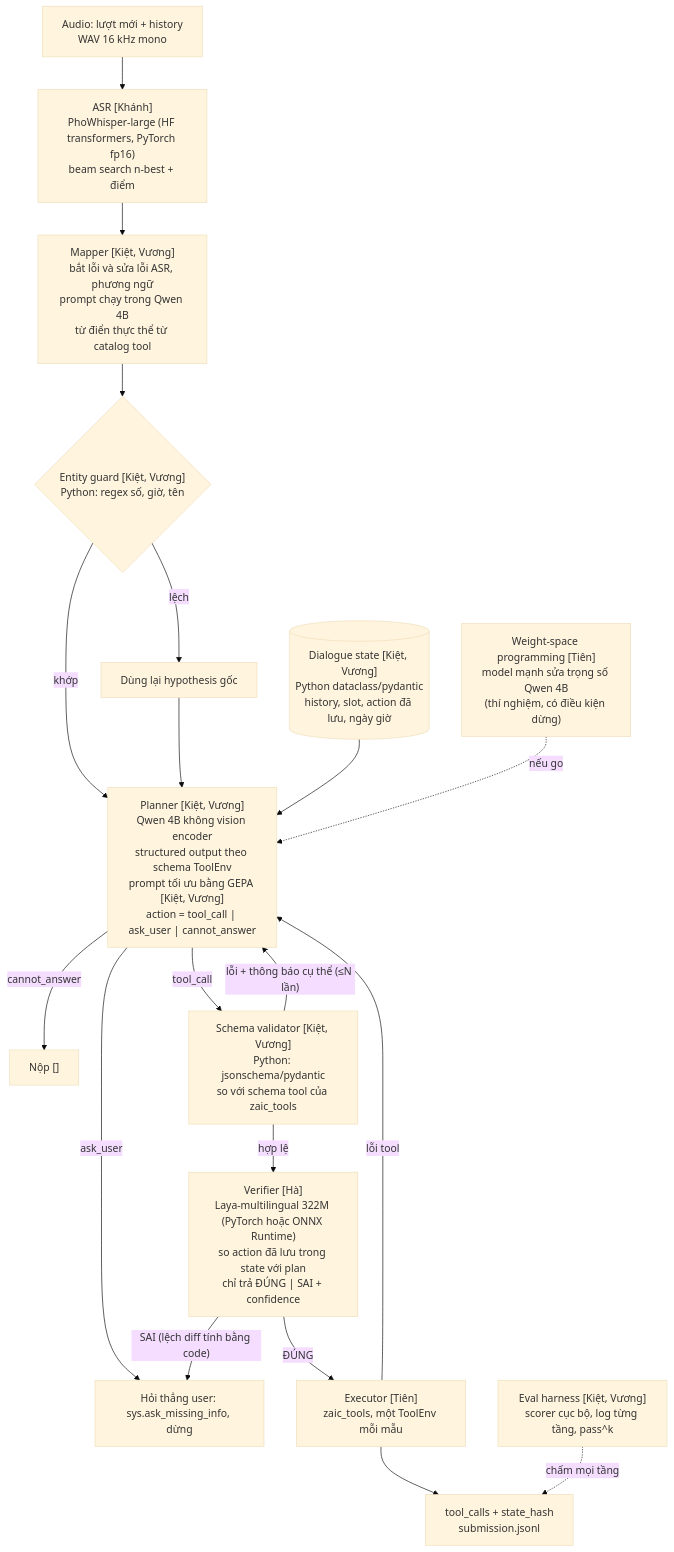
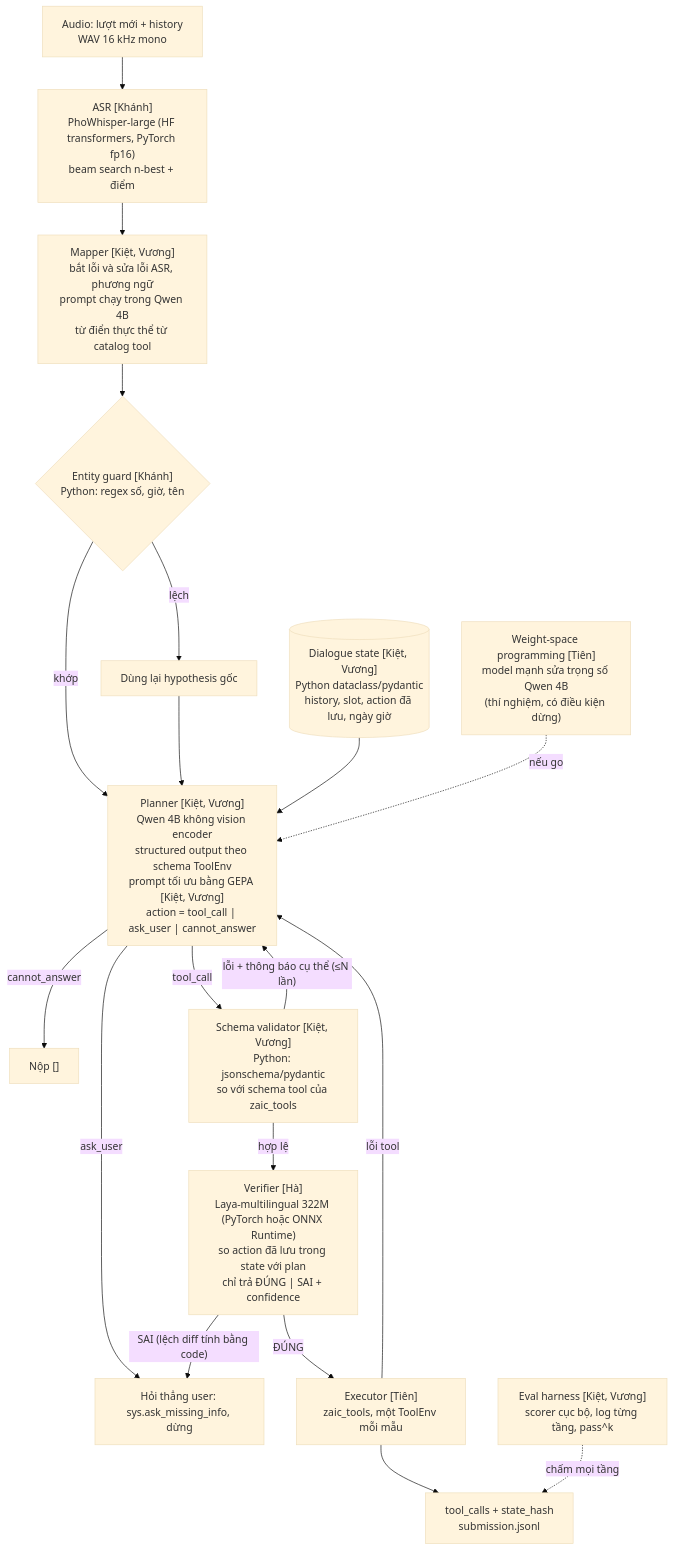
The second of 2 diagrams in docs/PROJECT_OVERVIEW.md (Bamboohoccode/ZAIC_2026), drawn with Mermaid (base theme) before and after one commit. The commit also changed other lines of this file, not shown here.

````diff
--- a/docs/PROJECT_OVERVIEW.md
+++ b/docs/PROJECT_OVERVIEW.md
@@ -92,21 +92,21 @@
 ```mermaid
 flowchart TD
     A["Audio: lượt mới + history<br/>WAV 16 kHz mono"] --> B["ASR [Khánh]<br/>PhoWhisper-large (HF transformers, PyTorch fp16)<br/>beam search n-best + điểm"]
     B --> C["Mapper [Kiệt, Vương]<br/>bắt lỗi và sửa lỗi ASR, phương ngữ<br/>prompt chạy trong Qwen 4B<br/>từ điển thực thể từ catalog tool"]
-    C --> G{"Entity guard [Kiệt, Vương]<br/>Python: regex số, giờ, tên"}
+    C --> G{"Entity guard [Khánh]<br/>Python: regex số, giờ, tên"}
     G -- khớp --> D
     G -- lệch --> C0["Dùng lại hypothesis gốc"] --> D
     S[("Dialogue state [Kiệt, Vương]<br/>Python dataclass/pydantic<br/>history, slot, action đã lưu, ngày giờ")] --> D
     D["Planner [Kiệt, Vương]<br/>Qwen 4B không vision encoder<br/>structured output theo schema ToolEnv<br/>prompt tối ưu bằng GEPA [Kiệt, Vương]<br/>action = tool_call | ask_user | cannot_answer"]
     D -- cannot_answer --> R["Nộp []"]
     D -- ask_user --> Q["Hỏi thẳng user: sys.ask_missing_info, dừng"]
     D -- tool_call --> V1["Schema validator [Kiệt, Vương]<br/>Python: jsonschema/pydantic<br/>so với schema tool của zaic_tools"]
     V1 -- "lỗi + thông báo cụ thể (≤N lần)" --> D
     V1 -- hợp lệ --> V2["Verifier [Hà]<br/>Laya-multilingual 322M (PyTorch hoặc ONNX Runtime)<br/>so action đã lưu trong state với plan<br/>chỉ trả ĐÚNG | SAI + confidence"]
     V2 -- "SAI (lệch diff tính bằng code)" --> Q
     V2 -- ĐÚNG --> F["Executor [Tiên]<br/>zaic_tools, một ToolEnv mỗi mẫu"]
     F -- "lỗi tool" --> D
     F --> Res["tool_calls + state_hash<br/>submission.jsonl"]
     W["Weight-space programming [Tiên]<br/>model mạnh sửa trọng số Qwen 4B<br/>(thí nghiệm, có điều kiện dừng)"] -. "nếu go" .-> D
     E["Eval harness [Kiệt, Vương]<br/>scorer cục bộ, log từng tầng, pass^k"] -. "chấm mọi tầng" .-> Res
 ```
````
